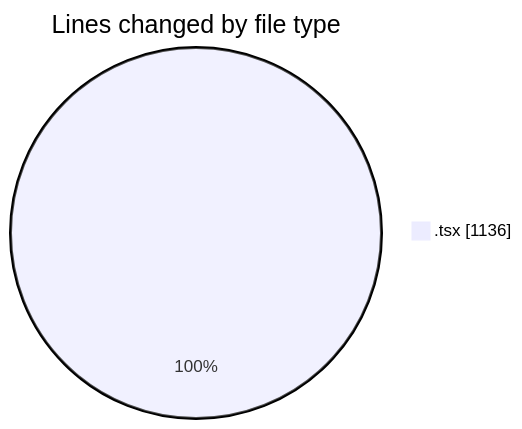
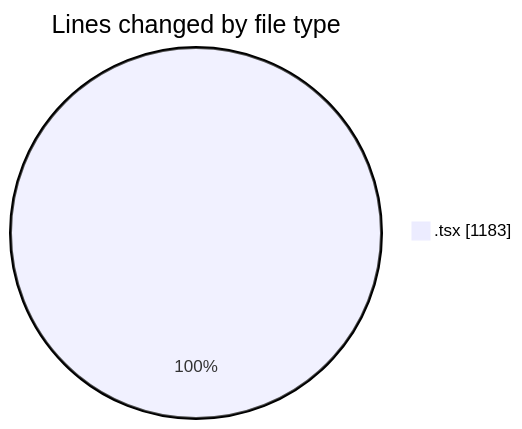
One commit to momahboobian/code-tracking changed the first of 2 diagrams in 2025-06-13/cda/README.md. Above: the diagram before and after it, drawn with Mermaid. The commit also changed other lines of this file and 1 other file, not shown here.

````diff
--- a/2025-06-13/cda/README.md
+++ b/2025-06-13/cda/README.md
@@ -21,5 +21,5 @@
 ```mermaid
 pie showData
 title Lines changed by file type
-".tsx" : 1136
+".tsx" : 1183
 ```
````
